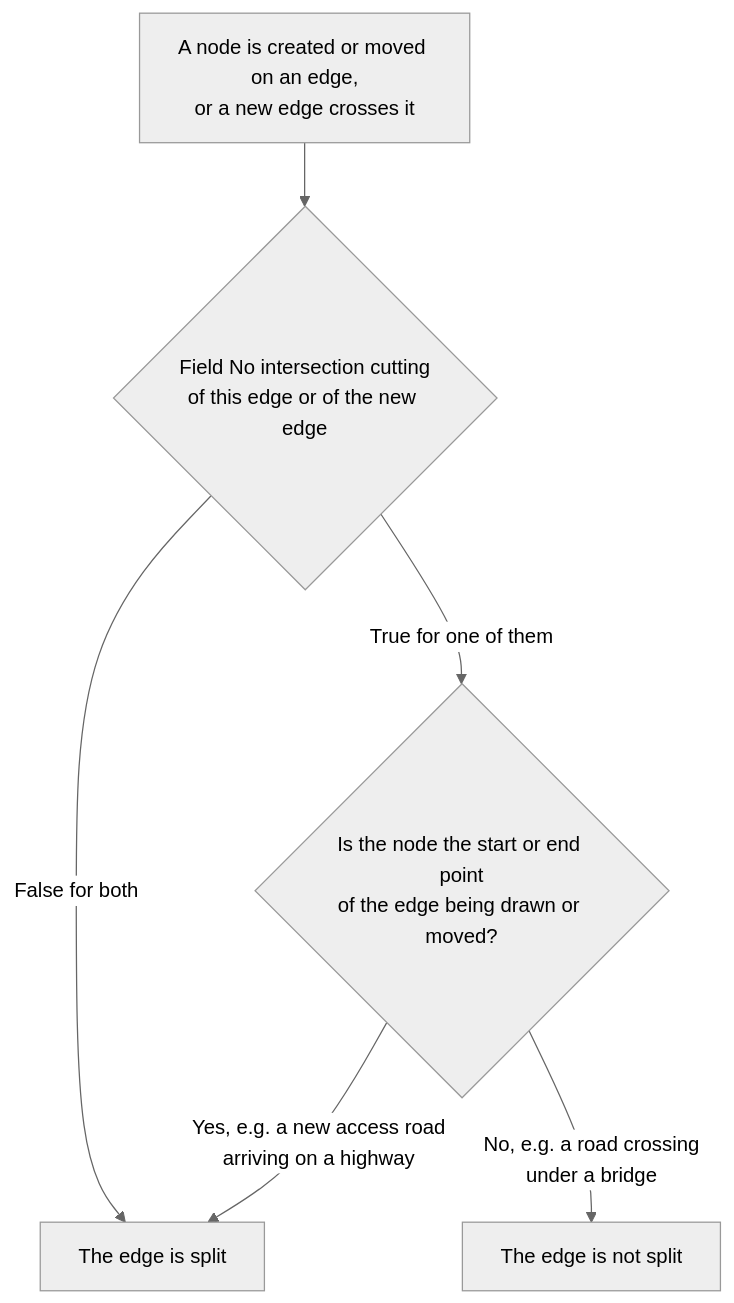
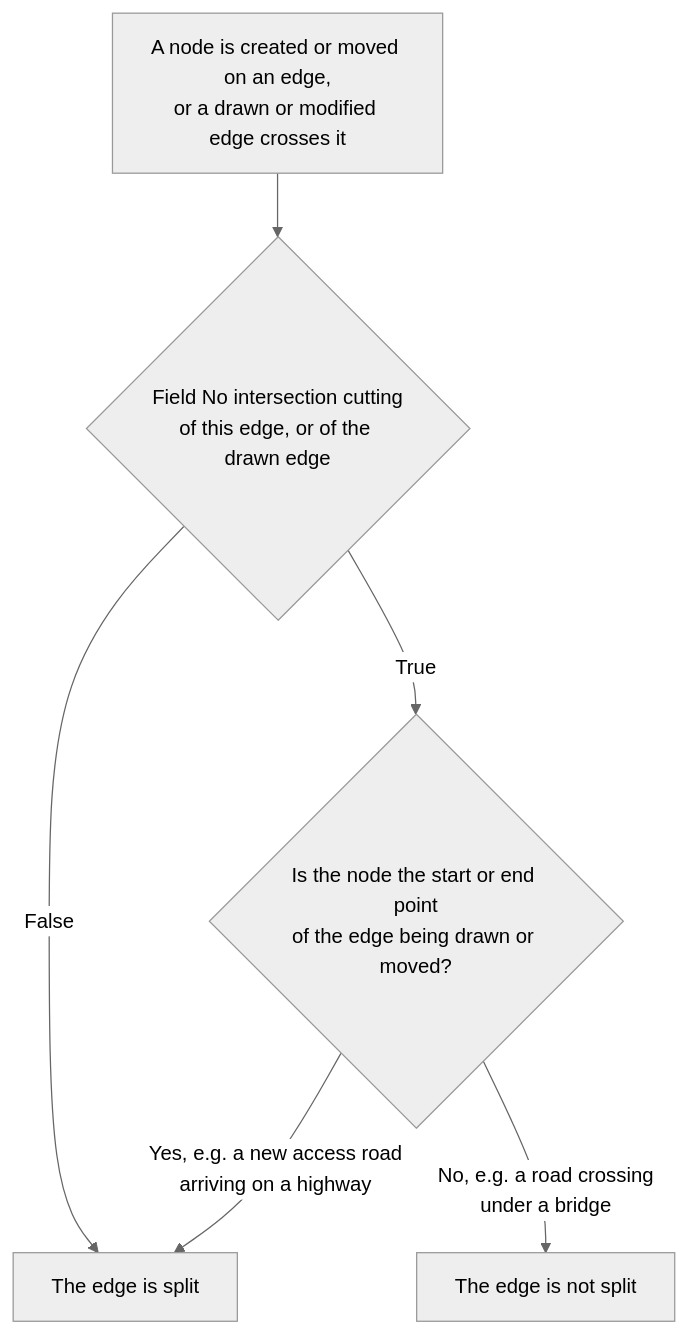
One commit to 3liz/qgis-road-network-plugin changed the diagram in docs/user-guide/graph-editing.md. Above: the diagram before and after it, drawn with Mermaid (neutral theme). The commit also changed other lines of this file and 4 other files, not shown here.

````diff
--- a/docs/user-guide/graph-editing.md
+++ b/docs/user-guide/graph-editing.md
@@ -137,8 +148,8 @@
 ```mermaid
 graph TD
-    A[A node is created or moved on an edge,<br>or a new edge crosses it] --> B{Field No intersection cutting<br>of this edge or of the new edge}
-    B -->|False for both| C[The edge is split]
-    B -->|True for one of them| D{Is the node the start or end point<br>of the edge being drawn or moved?}
+    A[A node is created or moved on an edge,<br>or a drawn or modified edge crosses it] --> B{Field No intersection cutting<br>of this edge, or of the drawn edge}
+    B -->|False| C[The edge is split]
+    B -->|True| D{Is the node the start or end point<br>of the edge being drawn or moved?}
     D -->|Yes, e.g. a new access road<br>arriving on a highway| C
     D -->|No, e.g. a road crossing<br>under a bridge| E[The edge is not split]
 ```
````
